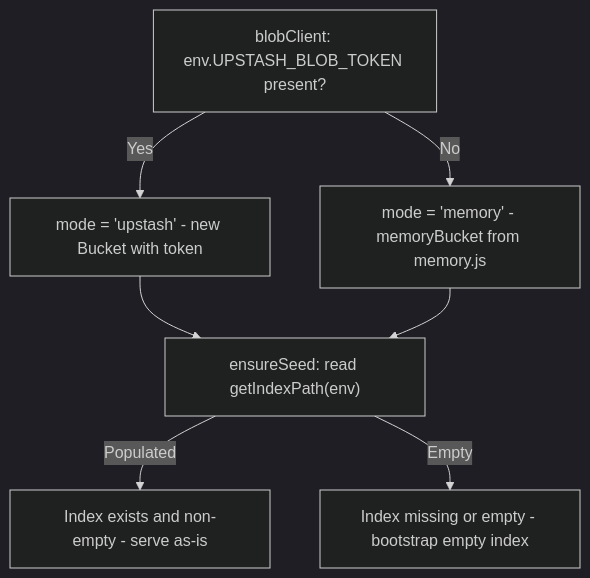
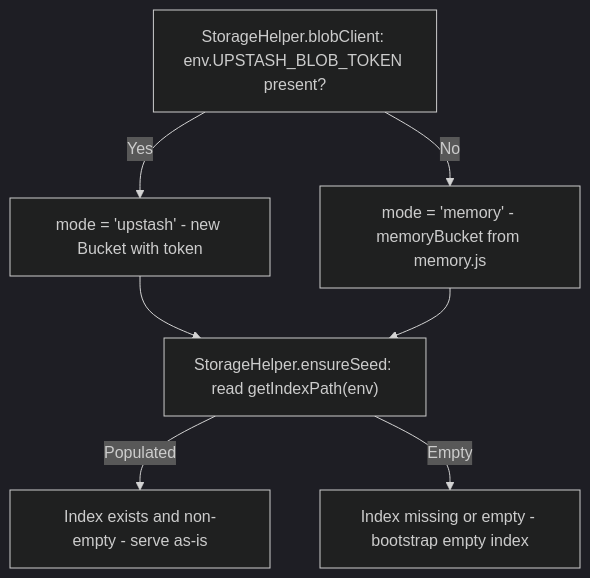
One commit to AmritSDutta/kalidass changed the diagram in docs/worker/storage.mdx. Above: the diagram before and after it, drawn with Mermaid (dark theme). The commit also changed other lines of this file and 8 other files, not shown here.

````diff
--- a/docs/worker/storage.mdx
+++ b/docs/worker/storage.mdx
@@ -12,15 +12,15 @@
 ```mermaid
 flowchart TD
-  EnvCheck["blobClient: env.UPSTASH_BLOB_TOKEN present?"]
+  EnvCheck["StorageHelper.blobClient: env.UPSTASH_BLOB_TOKEN present?"]
   UpstashMode["mode = 'upstash' - new Bucket with token"]
   MemoryMode["mode = 'memory' - memoryBucket from memory.js"]
-  SeedCheck["ensureSeed: read getIndexPath(env)"]
+  SeedCheck["StorageHelper.ensureSeed: read getIndexPath(env)"]
   Populated["Index exists and non-empty - serve as-is"]
   Empty["Index missing or empty - bootstrap empty index"]
   EnvCheck -->|"Yes"| UpstashMode
   EnvCheck -->|"No"| MemoryMode
   UpstashMode --> SeedCheck
   MemoryMode --> SeedCheck
   SeedCheck -->|"Populated"| Populated
   SeedCheck -->|"Empty"| Empty
 ```
````
